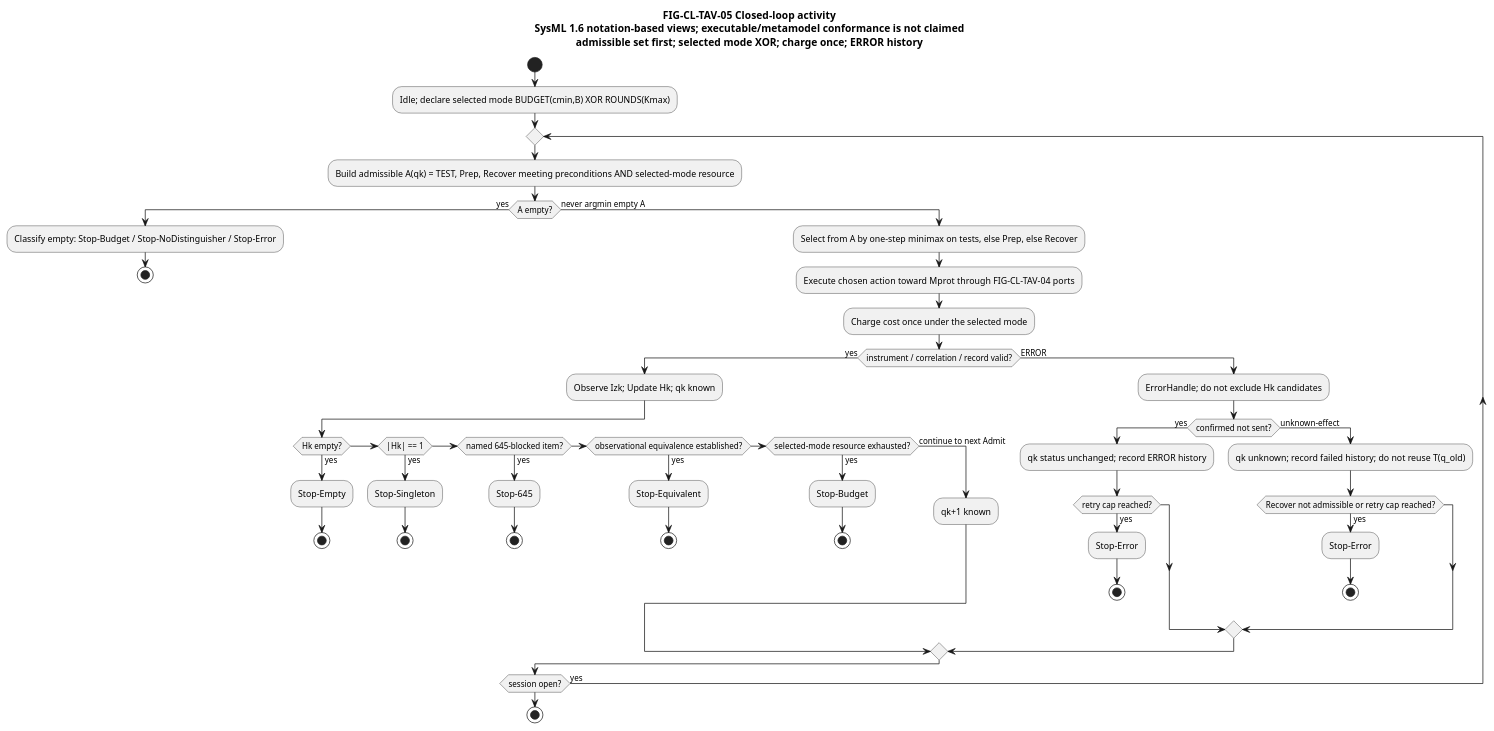
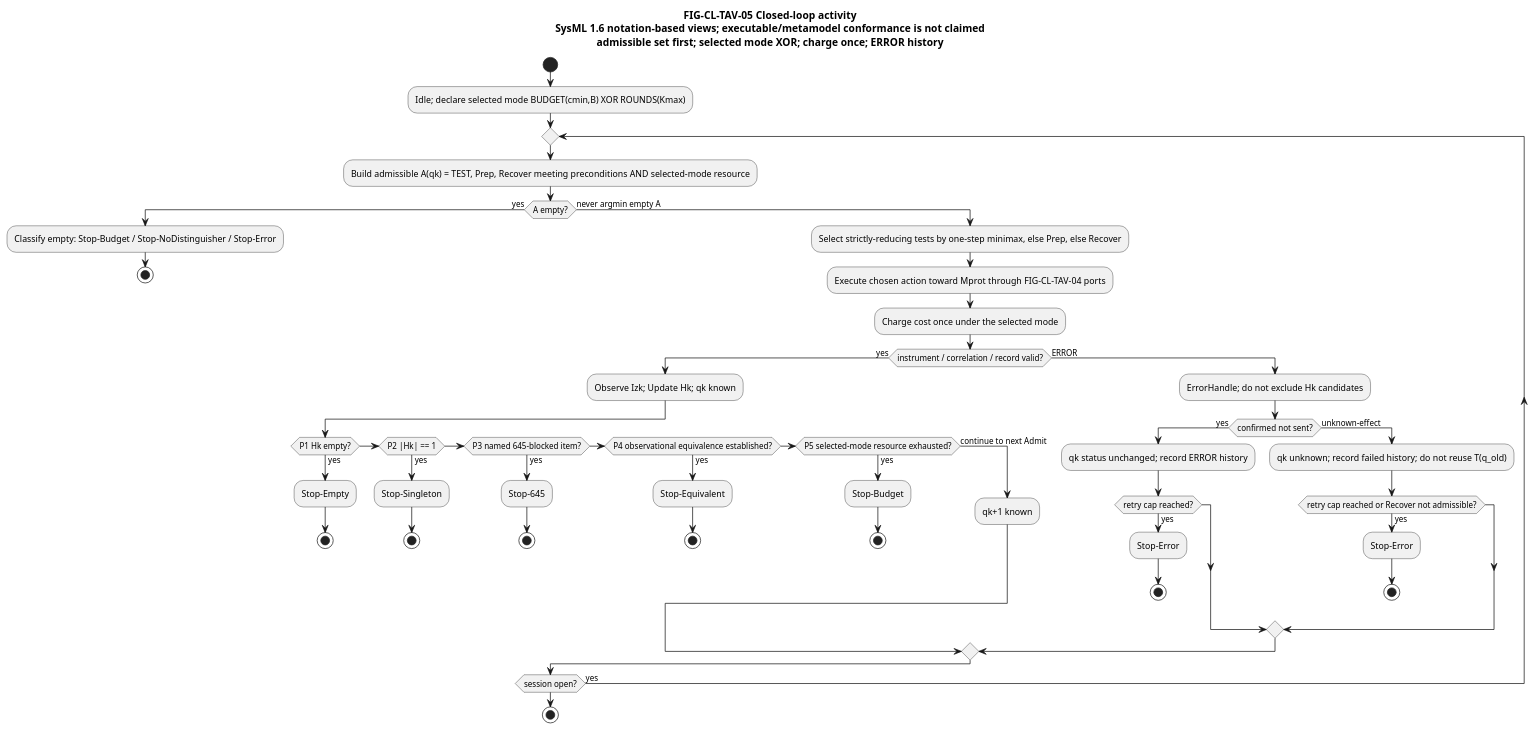
One commit to ZhangChi0727/arinc-615a-conformance changed the diagram in docs/research/publication/models/FIG-CL-TAV-05-closed-loop-activity.puml. Above: the diagram before and after it, drawn with PlantUML. The commit also changed 10 other files, not shown here.

First line of the commit message:
docs: unify strictly-reducing selection, recovery eligibility, and stop priority

```diff
--- a/docs/research/publication/models/FIG-CL-TAV-05-closed-loop-activity.puml
+++ b/docs/research/publication/models/FIG-CL-TAV-05-closed-loop-activity.puml
@@ -1,55 +1,55 @@
 @startuml FIG-CL-TAV-05
 skinparam shadowing false
 title FIG-CL-TAV-05 Closed-loop activity\nSysML 1.6 notation-based views; executable/metamodel conformance is not claimed\nadmissible set first; selected mode XOR; charge once; ERROR history
 
 start
 :Idle; declare selected mode BUDGET(cmin,B) XOR ROUNDS(Kmax);
 repeat
   :Build admissible A(qk) = TEST, Prep, Recover meeting preconditions AND selected-mode resource;
   if (A empty?) then (yes)
     :Classify empty: Stop-Budget / Stop-NoDistinguisher / Stop-Error;
     stop
   else (never argmin empty A)
-    :Select from A by one-step minimax on tests, else Prep, else Recover;
+    :Select strictly-reducing tests by one-step minimax, else Prep, else Recover;
     :Execute chosen action toward Mprot through FIG-CL-TAV-04 ports;
     :Charge cost once under the selected mode;
     if (instrument / correlation / record valid?) then (yes)
       :Observe Izk; Update Hk; qk known;
-      if (Hk empty?) then (yes)
+      if (P1 Hk empty?) then (yes)
         :Stop-Empty;
         stop
-      elseif (|Hk| == 1) then (yes)
+      elseif (P2 |Hk| == 1) then (yes)
         :Stop-Singleton;
         stop
-      elseif (named 645-blocked item?) then (yes)
+      elseif (P3 named 645-blocked item?) then (yes)
         :Stop-645;
         stop
-      elseif (observational equivalence established?) then (yes)
+      elseif (P4 observational equivalence established?) then (yes)
         :Stop-Equivalent;
         stop
-      elseif (selected-mode resource exhausted?) then (yes)
+      elseif (P5 selected-mode resource exhausted?) then (yes)
         :Stop-Budget;
         stop
       else (continue to next Admit)
         :qk+1 known;
       endif
     else (ERROR)
       :ErrorHandle; do not exclude Hk candidates;
       if (confirmed not sent?) then (yes)
         :qk status unchanged; record ERROR history;
         if (retry cap reached?) then (yes)
           :Stop-Error;
           stop
         endif
       else (unknown-effect)
         :qk unknown; record failed history; do not reuse T(q_old);
-        if (Recover not admissible or retry cap reached?) then (yes)
+        if (retry cap reached or Recover not admissible?) then (yes)
           :Stop-Error;
           stop
         endif
       endif
     endif
   endif
 repeat while (session open?) is (yes)
 stop
 @enduml
```
